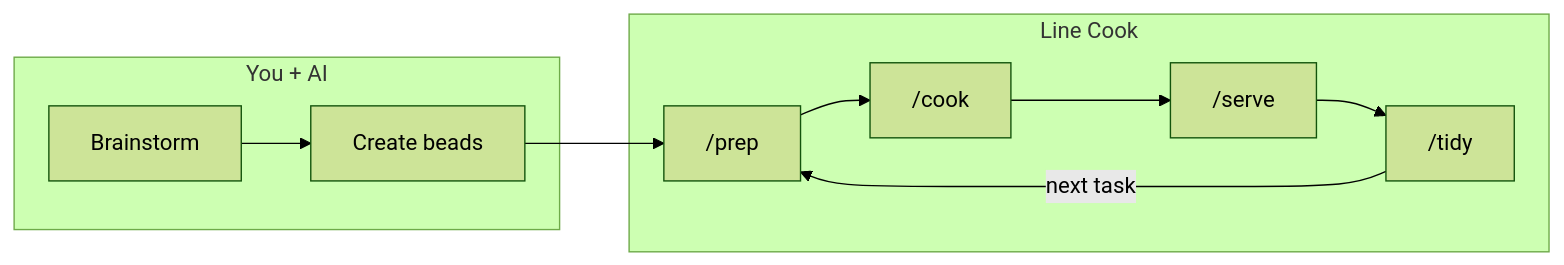
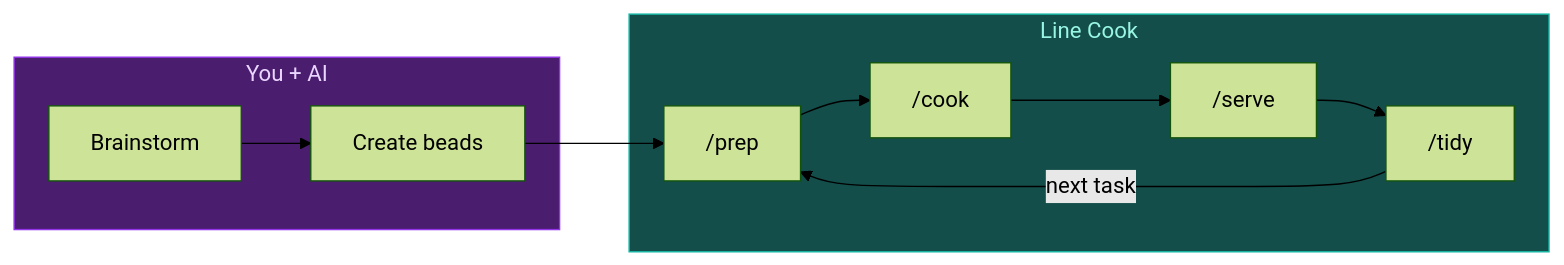
One commit to smileynet/line-cook changed the diagram in README.md. Above: the diagram before and after it, drawn with Mermaid (forest theme).

Commit message:
style: add color theming to Mermaid diagram
Purple for "You + AI" phase, teal for "Line Cook" automation.
Colors optimized for dark mode.

````diff
--- a/README.md
+++ b/README.md
@@ -25,11 +25,14 @@
 ```mermaid
 graph LR
-    subgraph "You + AI"
+    subgraph user ["You + AI"]
         A[Brainstorm] --> B[Create beads]
     end
-    subgraph "Line Cook"
+    subgraph auto ["Line Cook"]
         C["/prep"] --> D["/cook"] --> E["/serve"] --> F["/tidy"]
     end
     B --> C
     F --> |next task| C
+
+    style user fill:#4a1d6e,stroke:#9333ea,color:#e9d5ff
+    style auto fill:#134e4a,stroke:#14b8a6,color:#99f6e4
 ```
````
